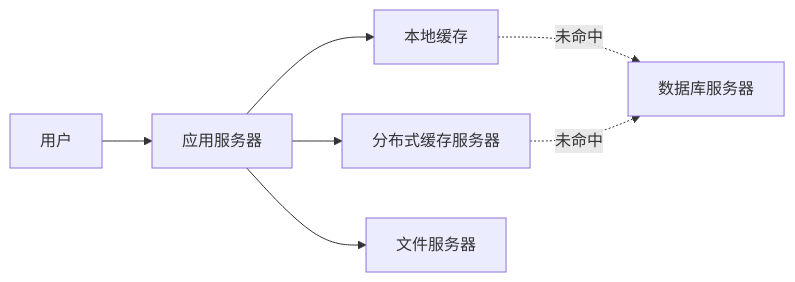
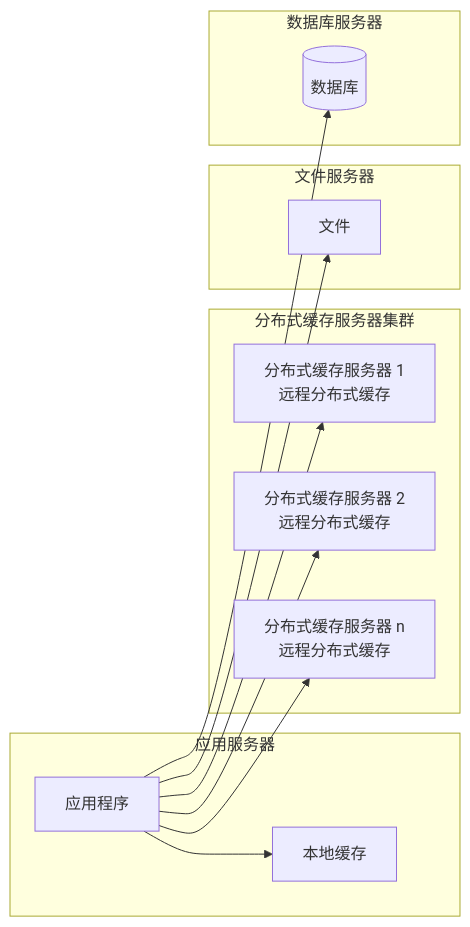
Diagram 12 of 20 in 01.系统架构设计师教材-清洗版/第10章-软件架构的演化和维护.md (YoungHong1992/ruankao-senior-architecture-designer), drawn with Mermaid before and after one commit. The commit also changed other lines of this file and 24 other files, not shown here.

````diff
--- a/01.系统架构设计师教材-清洗版/第10章-软件架构的演化和维护.md
+++ b/01.系统架构设计师教材-清洗版/第10章-软件架构的演化和维护.md
@@ -721,9 +853,22 @@
 ```mermaid
 flowchart LR
-    User["用户"] --> App["应用服务器"]
-    App --> Local["本地缓存"]
-    App --> Distributed["分布式缓存服务器"]
-    Local -.->|"未命中"| DB["数据库服务器"]
-    Distributed -.->|"未命中"| DB
-    App --> File["文件服务器"]
+    subgraph AppServer["应用服务器"]
+        App["应用程序"] --> Local["本地缓存"]
+    end
+    subgraph CacheCluster["分布式缓存服务器集群"]
+        Cache1["分布式缓存服务器 1\n远程分布式缓存"]
+        Cache2["分布式缓存服务器 2\n远程分布式缓存"]
+        CacheN["分布式缓存服务器 n\n远程分布式缓存"]
+    end
+    subgraph FileServer["文件服务器"]
+        Files["文件"]
+    end
+    subgraph DBServer["数据库服务器"]
+        DB[("数据库")]
+    end
+    App --> Cache1
+    App --> Cache2
+    App --> CacheN
+    App --> Files
+    App --> DB
 ```
````
